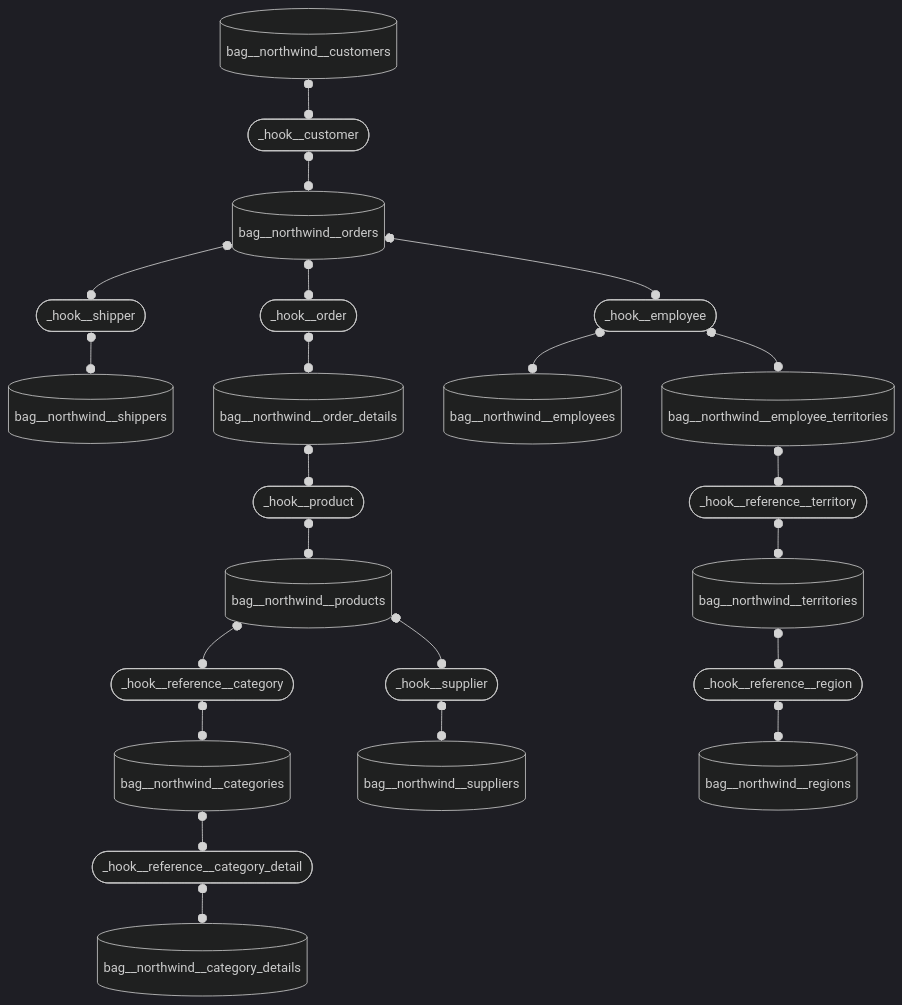
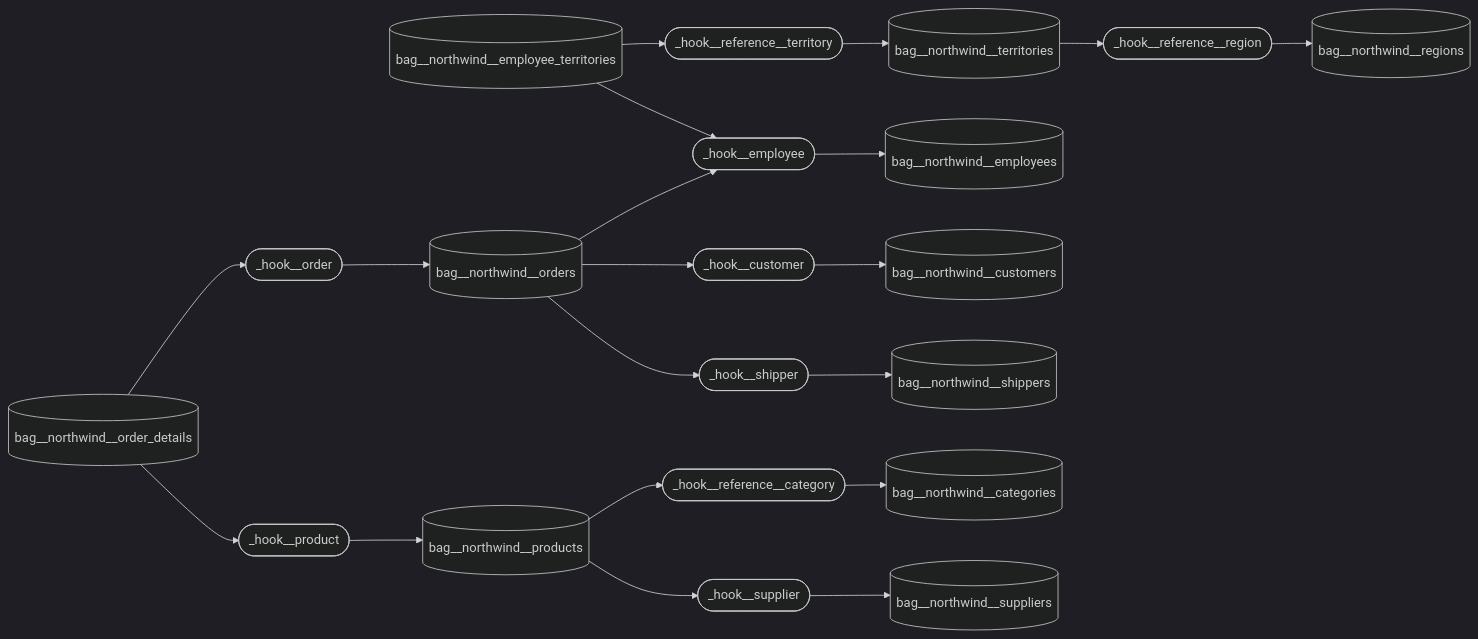
One commit to mattiasthalen/obsidian-insights changed the third of 4 diagrams in README.md. Above: the diagram before and after it, drawn with Mermaid (dark theme).

Commit message:
Update hook ERD

````diff
--- a/README.md
+++ b/README.md
@@ -90,51 +90,35 @@
 ```mermaid
-flowchart TD
+flowchart LR
         _hook__reference__category(["_hook__reference__category"])
-        _hook__reference__category_detail(["_hook__reference__category_detail"])
         _hook__reference__region(["_hook__reference__region"])
         _hook__reference__territory(["_hook__reference__territory"])
         _hook__customer(["_hook__customer"])
         _hook__employee(["_hook__employee"])
         _hook__order(["_hook__order"])
         _hook__product(["_hook__product"])
         _hook__shipper(["_hook__shipper"])
         _hook__supplier(["_hook__supplier"])
  
         bag__northwind__categories[("bag__northwind__categories")]
-        bag__northwind__category_details[("bag__northwind__category_details")]
         bag__northwind__customers[("bag__northwind__customers")]
         bag__northwind__employees[("bag__northwind__employees")]
         bag__northwind__employee_territories[("bag__northwind__employee_territories")]
         bag__northwind__orders[("bag__northwind__orders")]
         bag__northwind__order_details[("bag__northwind__order_details")]
         bag__northwind__products[("bag__northwind__products")]
         bag__northwind__regions[("bag__northwind__regions")]
         bag__northwind__shippers[("bag__northwind__shippers")]
         bag__northwind__suppliers[("bag__northwind__suppliers")]
         bag__northwind__territories[("bag__northwind__territories")]
 
-    _hook__reference__category o--o bag__northwind__categories
-    bag__northwind__categories o--o _hook__reference__category_detail
-    _hook__reference__category_detail o--o bag__northwind__category_details
-    bag__northwind__products o--o _hook__reference__category
-
-    bag__northwind__customers o--o _hook__customer
-    _hook__customer  o--o bag__northwind__orders
-    _hook__employee  o--o bag__northwind__employees
-
-    
-    bag__northwind__orders  o--o _hook__shipper
-    _hook__employee  o--o bag__northwind__employee_territories
-    bag__northwind__orders o--o _hook__order
-    _hook__order  o--o bag__northwind__order_details
-    _hook__product  o--o bag__northwind__products
-    bag__northwind__order_details  o--o _hook__product
-    _hook__reference__region  o--o bag__northwind__regions
-    bag__northwind__territories  o--o _hook__reference__region
-    _hook__shipper  o--o bag__northwind__shippers
-    bag__northwind__orders  o--o _hook__employee
-    _hook__supplier  o--o bag__northwind__suppliers
-    bag__northwind__products  o--o _hook__supplier
-    _hook__reference__territory  o--o bag__northwind__territories
-    bag__northwind__employee_territories  o--o _hook__reference__territory
+    bag__northwind__order_details --> _hook__order --> bag__northwind__orders
+    bag__northwind__order_details --> _hook__product --> bag__northwind__products
+    bag__northwind__products --> _hook__reference__category --> bag__northwind__categories
+    bag__northwind__products --> _hook__supplier --> bag__northwind__suppliers
+    bag__northwind__orders --> _hook__employee --> bag__northwind__employees
+    bag__northwind__orders --> _hook__customer --> bag__northwind__customers
+    bag__northwind__orders --> _hook__shipper --> bag__northwind__shippers
+    bag__northwind__territories --> _hook__reference__region --> bag__northwind__regions
+    bag__northwind__employee_territories --> _hook__reference__territory --> bag__northwind__territories
+    bag__northwind__employee_territories --> _hook__employee
 ```
````
